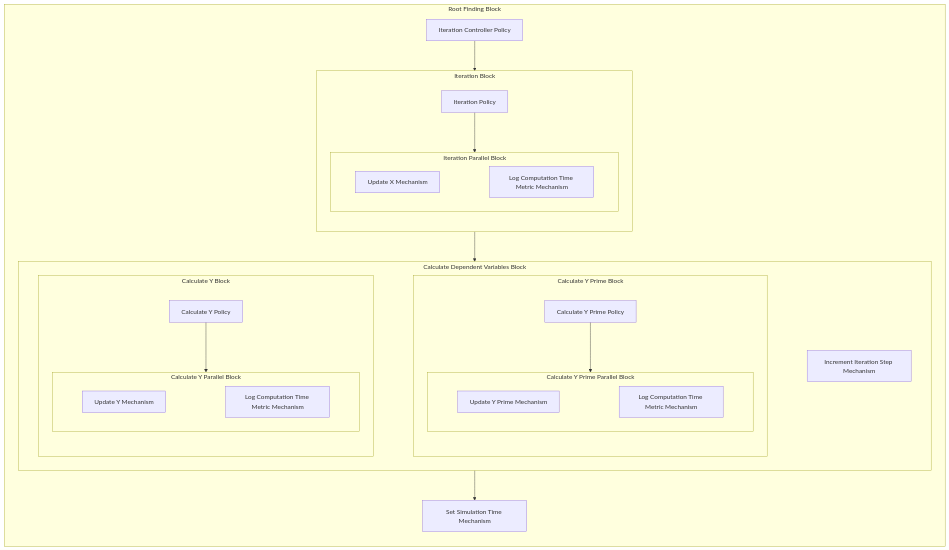
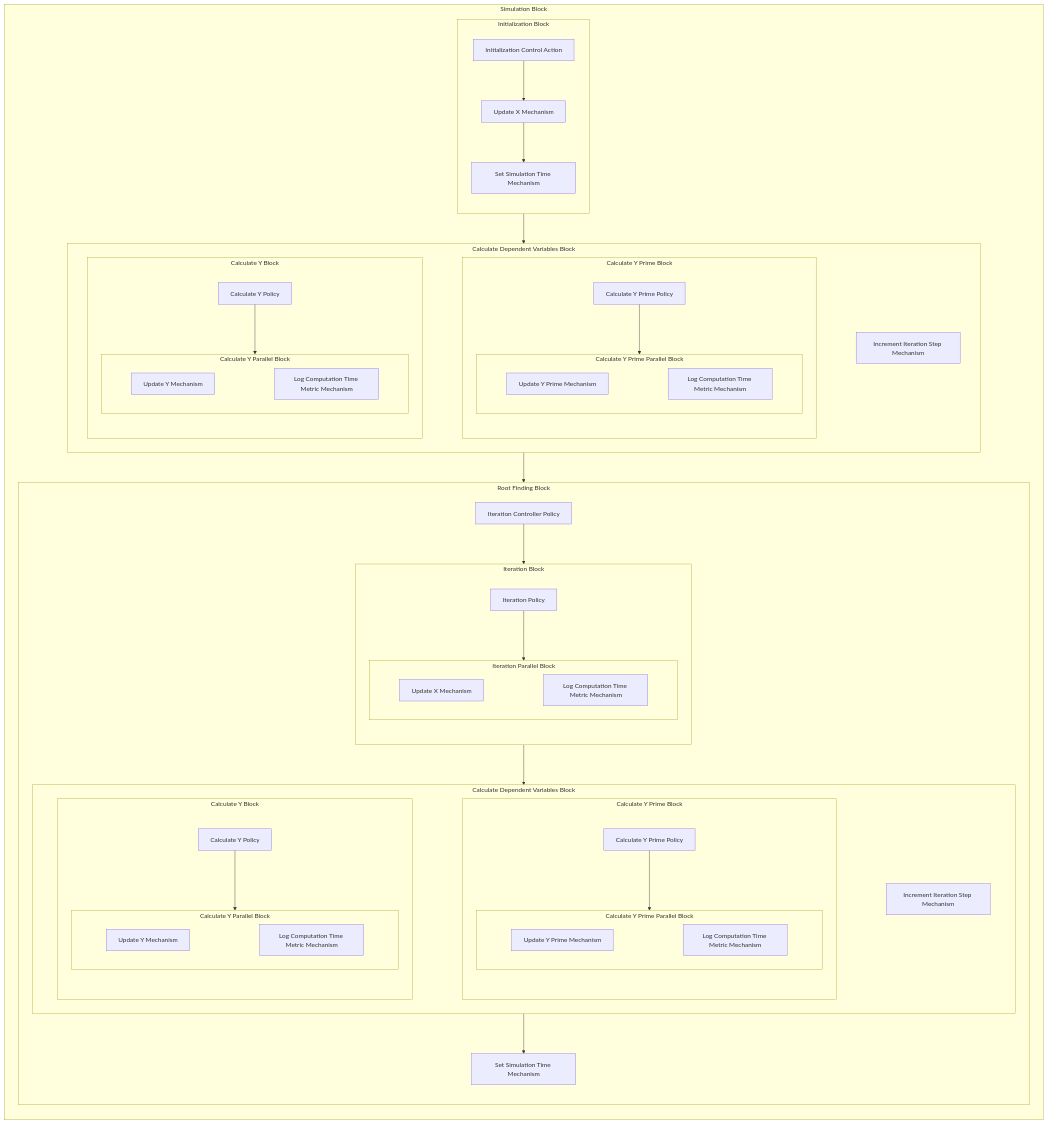
Before and after one commit to SeanMcOwen/Root-Finding-Simulation: the diagram in MSML/dev/Temp Diagram.md, drawn with Mermaid. The commit also changed 2 other files, not shown here.

Commit message:
Simulation block

````diff
--- a/MSML/dev/Temp Diagram.md
+++ b/MSML/dev/Temp Diagram.md
@@ -1,50 +1,91 @@
 ```mermaid
 graph TB
-subgraph X20[Root Finding Block]
+subgraph X37[Simulation Block]
 direction TB
-X1[Iteration Controller Policy]
-subgraph X6[Iteration Block]
+subgraph X4[Initialization Block]
 direction TB
-X2[Iteration Policy]
-subgraph X5[Iteration Parallel Block]
+X1[Initialization Control Action]
+X2[Update X Mechanism]
+X3[Set Simulation Time Mechanism]
+X1-->X2
+X2-->X3
+end
+subgraph X16[Calculate Dependent Variables Block]
 direction LR
-X3[Update X Mechanism]
-X4[Log Computation Time Metric Mechanism]
-X3 ~~~ X4
+subgraph X9[Calculate Y Block]
+direction TB
+X5[Calculate Y Policy]
+subgraph X8[Calculate Y Parallel Block]
+direction LR
+X6[Update Y Mechanism]
+X7[Log Computation Time Metric Mechanism]
+X6 ~~~ X7
 end
-X2-->X5
+X5-->X8
 end
-subgraph X18[Calculate Dependent Variables Block]
+subgraph X14[Calculate Y Prime Block]
+direction TB
+X10[Calculate Y Prime Policy]
+subgraph X13[Calculate Y Prime Parallel Block]
 direction LR
-subgraph X11[Calculate Y Block]
+X11[Update Y Prime Mechanism]
+X12[Log Computation Time Metric Mechanism]
+X11 ~~~ X12
+end
+X10-->X13
+end
+X15[Increment Iteration Step Mechanism]
+X9 ~~~ X14
+X14 ~~~ X15
+end
+subgraph X36[Root Finding Block]
 direction TB
-X7[Calculate Y Policy]
-subgraph X10[Calculate Y Parallel Block]
+X17[Iteration Controller Policy]
+subgraph X22[Iteration Block]
+direction TB
+X18[Iteration Policy]
+subgraph X21[Iteration Parallel Block]
 direction LR
-X8[Update Y Mechanism]
-X9[Log Computation Time Metric Mechanism]
-X8 ~~~ X9
+X19[Update X Mechanism]
+X20[Log Computation Time Metric Mechanism]
+X19 ~~~ X20
 end
-X7-->X10
+X18-->X21
 end
-subgraph X16[Calculate Y Prime Block]
+subgraph X34[Calculate Dependent Variables Block]
+direction LR
+subgraph X27[Calculate Y Block]
 direction TB
-X12[Calculate Y Prime Policy]
-subgraph X15[Calculate Y Prime Parallel Block]
+X23[Calculate Y Policy]
+subgraph X26[Calculate Y Parallel Block]
 direction LR
-X13[Update Y Prime Mechanism]
-X14[Log Computation Time Metric Mechanism]
-X13 ~~~ X14
+X24[Update Y Mechanism]
+X25[Log Computation Time Metric Mechanism]
+X24 ~~~ X25
 end
-X12-->X15
+X23-->X26
 end
-X17[Increment Iteration Step Mechanism]
-X11 ~~~ X16
-X16 ~~~ X17
+subgraph X32[Calculate Y Prime Block]
+direction TB
+X28[Calculate Y Prime Policy]
+subgraph X31[Calculate Y Prime Parallel Block]
+direction LR
+X29[Update Y Prime Mechanism]
+X30[Log Computation Time Metric Mechanism]
+X29 ~~~ X30
 end
-X19[Set Simulation Time Mechanism]
-X1-->X6
-X6-->X18
-X18-->X19
+X28-->X31
+end
+X33[Increment Iteration Step Mechanism]
+X27 ~~~ X32
+X32 ~~~ X33
+end
+X35[Set Simulation Time Mechanism]
+X17-->X22
+X22-->X34
+X34-->X35
+end
+X4-->X16
+X16-->X36
 end
 ```
````
